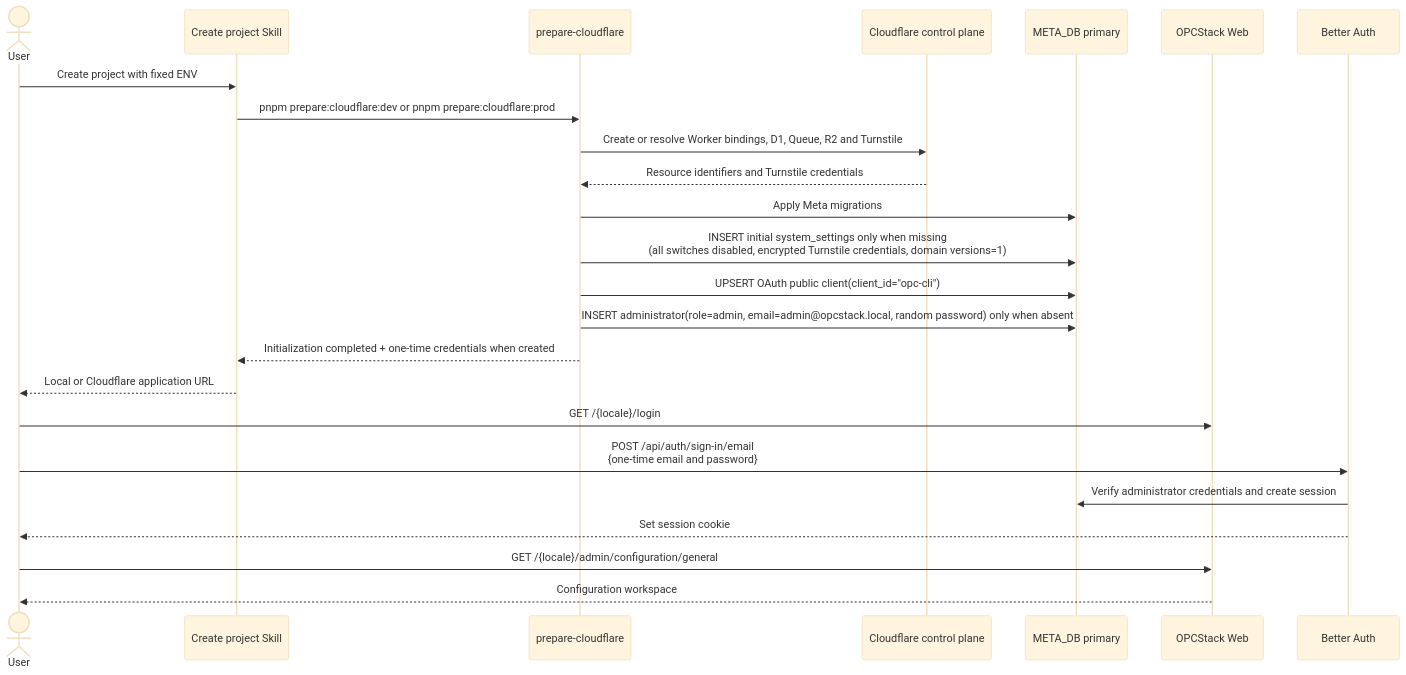
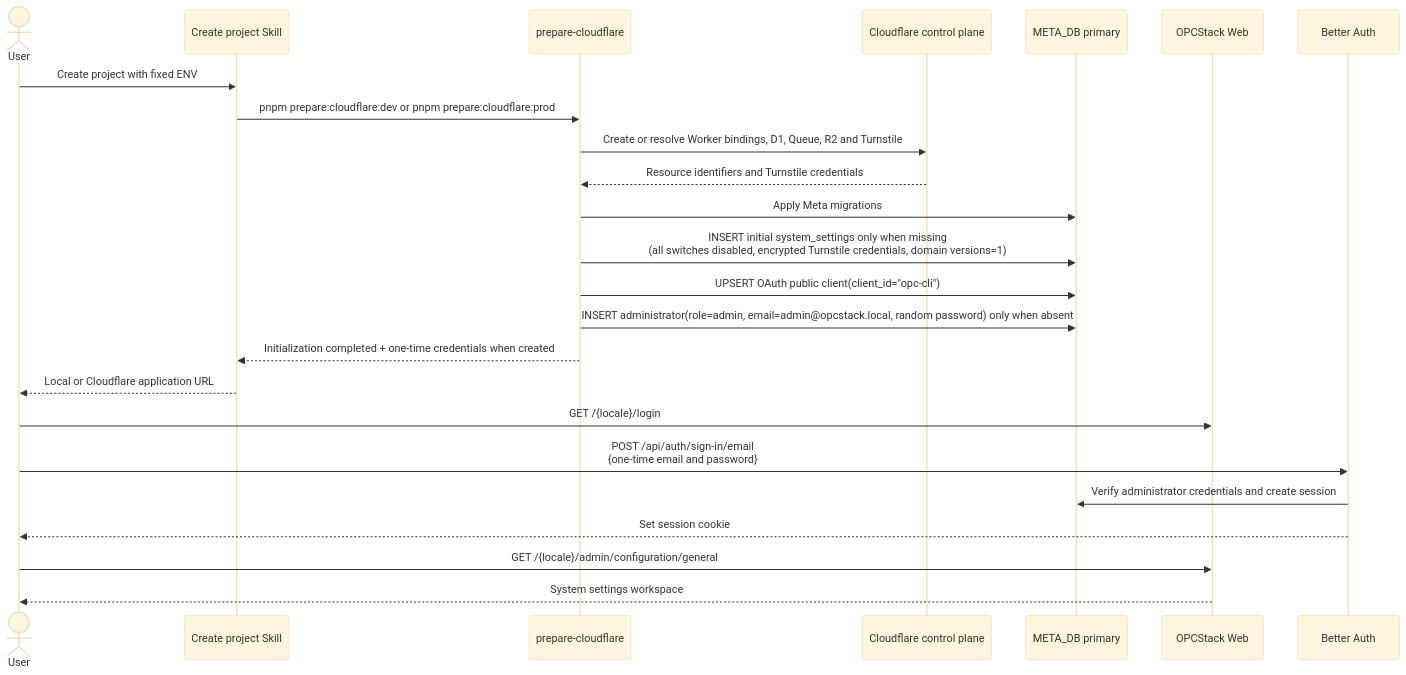
Before and after one commit to glidea/opcstack: the fourth of 11 diagrams in docs/v025/tech-design.md, drawn with Mermaid (base theme). The commit also changed other lines of this file and 93 other files, not shown here.

````diff
--- a/docs/v025/tech-design.md
+++ b/docs/v025/tech-design.md
@@ -1193,27 +1192,27 @@
 ```mermaid
 sequenceDiagram
   actor User as User
   participant Skill as Create project Skill
   participant Prepare as prepare-cloudflare
   participant CF as Cloudflare control plane
   participant Meta as META_DB primary
   participant Web as OPCStack Web
   participant Auth as Better Auth
 
   User->>Skill: Create project with fixed ENV
   Skill->>Prepare: pnpm prepare:cloudflare:dev or pnpm prepare:cloudflare:prod
   Prepare->>CF: Create or resolve Worker bindings, D1, Queue, R2 and Turnstile
   CF-->>Prepare: Resource identifiers and Turnstile credentials
   Prepare->>Meta: Apply Meta migrations
   Prepare->>Meta: INSERT initial system_settings only when missing<br/>(all switches disabled, encrypted Turnstile credentials, domain versions=1)
   Prepare->>Meta: UPSERT OAuth public client(client_id="opc-cli")
   Prepare->>Meta: INSERT administrator(role=admin, email=admin@opcstack.local, random password) only when absent
   Prepare-->>Skill: Initialization completed + one-time credentials when created
   Skill-->>User: Local or Cloudflare application URL
   User->>Web: GET /{locale}/login
   User->>Auth: POST /api/auth/sign-in/email<br/>{one-time email and password}
   Auth->>Meta: Verify administrator credentials and create session
   Auth-->>User: Set session cookie
   User->>Web: GET /{locale}/admin/configuration/general
-  Web-->>User: Configuration workspace
+  Web-->>User: System settings workspace
 ```
````
